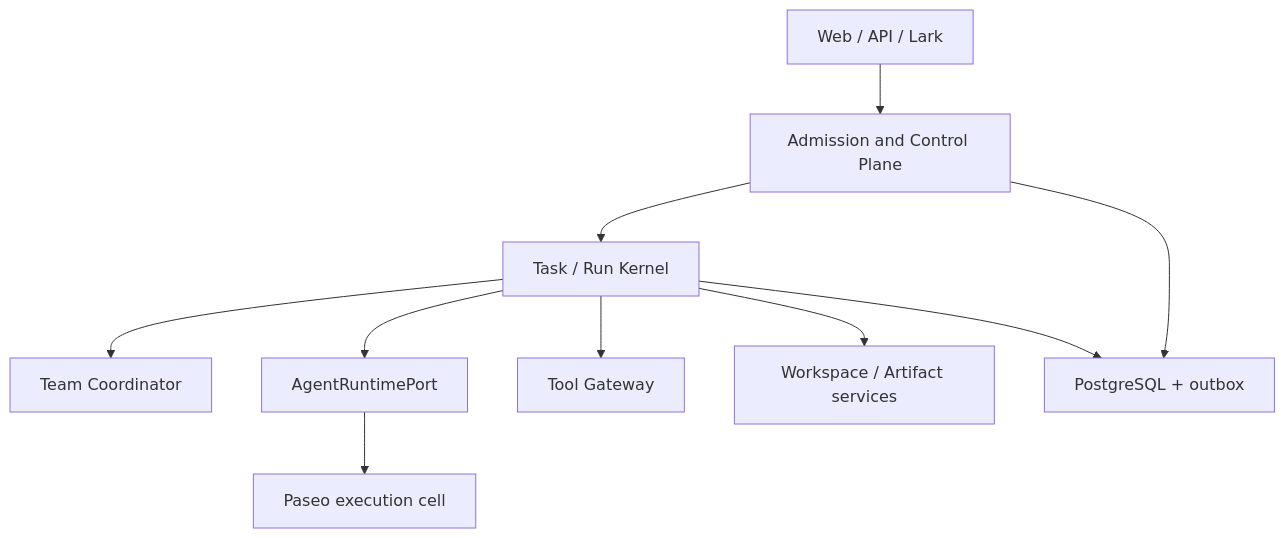
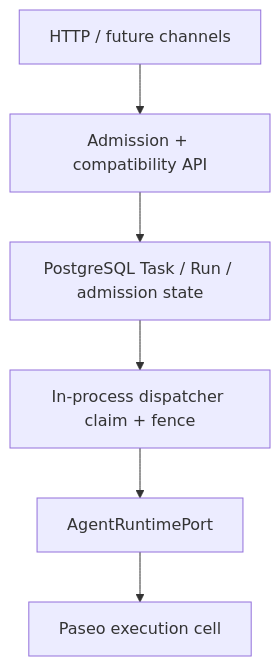
One commit to atomlink-ye/agent-server changed the diagram in docs/architecture.md. Above: the diagram before and after it, drawn with Mermaid. The commit also changed other lines of this file and 48 other files, not shown here.

````diff
--- a/docs/architecture.md
+++ b/docs/architecture.md
@@ -5,12 +5,8 @@
 ```mermaid
 flowchart TD
-    C["Web / API / Lark"] --> A["Admission and Control Plane"]
-    A --> K["Task / Run Kernel"]
-    K --> T["Team Coordinator"]
-    K --> R["AgentRuntimePort"]
+    C["HTTP / future channels"] --> A["Admission + compatibility API"]
+    A --> D["PostgreSQL Task / Run / admission state"]
+    D --> W["In-process dispatcher claim + fence"]
+    W --> R["AgentRuntimePort"]
     R --> P["Paseo execution cell"]
-    K --> G["Tool Gateway"]
-    K --> S["Workspace / Artifact services"]
-    A --> D["PostgreSQL + outbox"]
-    K --> D
 ```
````
